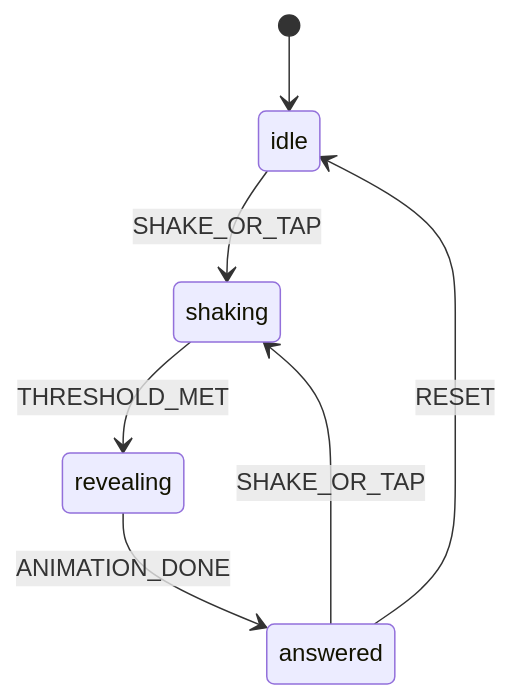
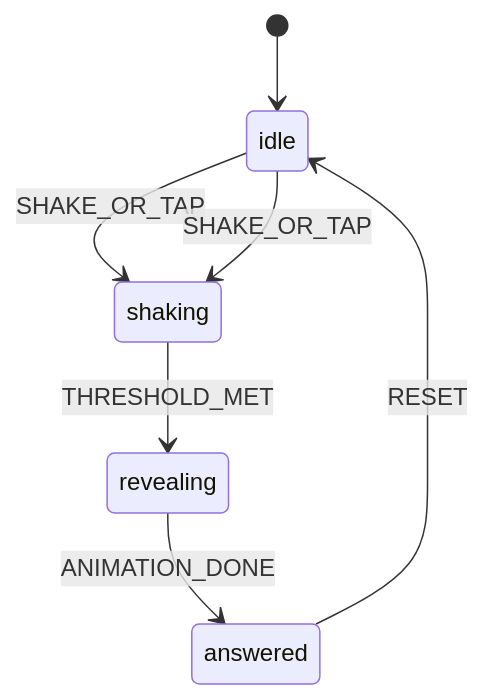
One commit to abhi-j0407/magik-8 changed the diagram in docs/ARCHITECTURE.md. Above: the diagram before and after it, drawn with Mermaid. The commit also changed other lines of this file and 85 other files, not shown here.

````diff
--- a/docs/ARCHITECTURE.md
+++ b/docs/ARCHITECTURE.md
@@ -59,9 +72,9 @@
 ```mermaid
 stateDiagram-v2
   [*] --> idle
   idle --> shaking: SHAKE_OR_TAP
   shaking --> revealing: THRESHOLD_MET
   revealing --> answered: ANIMATION_DONE
   answered --> idle: RESET
-  answered --> shaking: SHAKE_OR_TAP
+  idle --> shaking: SHAKE_OR_TAP
 ```
````
